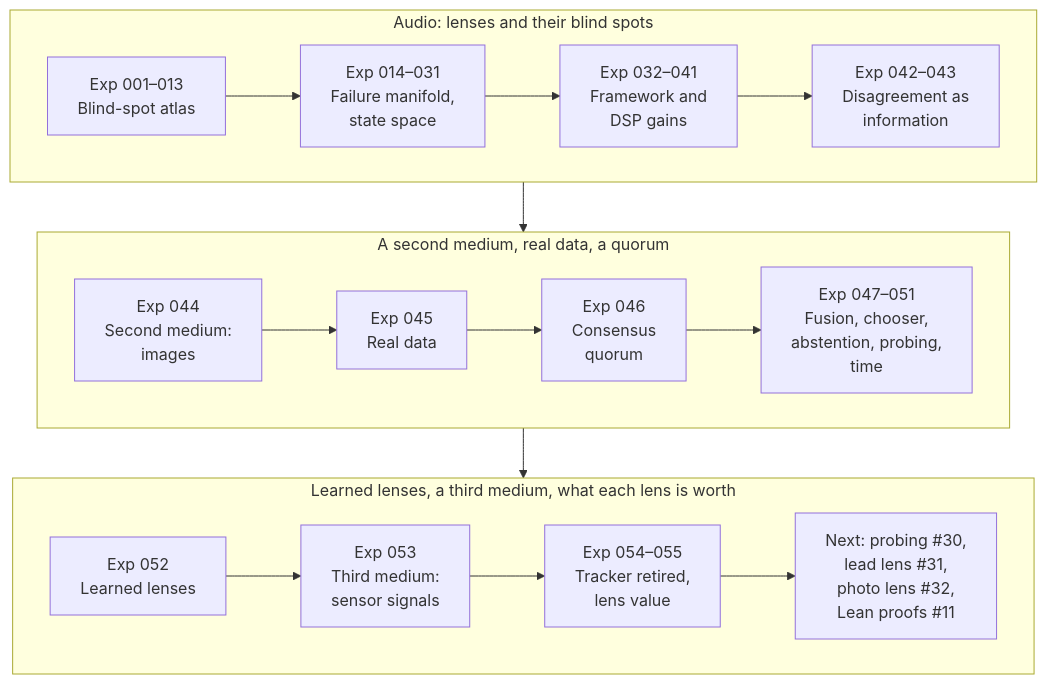
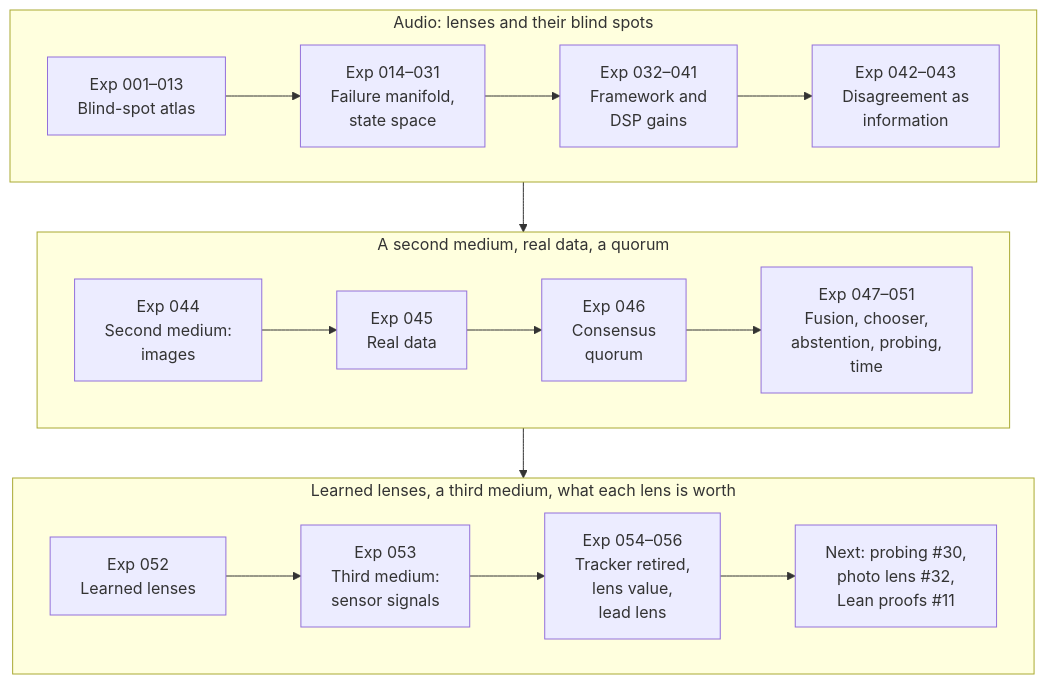
The third of 3 diagrams in README.md (SpacekidLabs/representation-fragility-lab), drawn with Mermaid before and after one commit. The commit also changed other lines of this file and 9 other files, not shown here.

First line of the commit message:
One lens answers, the others warn: lead mode and Exp 056 (closes #31)

````diff
--- a/README.md
+++ b/README.md
@@ -90,22 +90,22 @@
 ```mermaid
 flowchart TB
     subgraph R1["Audio: lenses and their blind spots"]
         direction LR
         A["Exp 001–013<br/>Blind-spot atlas"] --> B["Exp 014–031<br/>Failure manifold,<br/>state space"]
         B --> C["Exp 032–041<br/>Framework and<br/>DSP gains"]
         C --> D["Exp 042–043<br/>Disagreement as<br/>information"]
     end
     subgraph R2["A second medium, real data, a quorum"]
         direction LR
         E["Exp 044<br/>Second medium:<br/>images"] --> G["Exp 045<br/>Real data"]
         G --> H["Exp 046<br/>Consensus<br/>quorum"]
         H --> I["Exp 047–051<br/>Fusion, chooser,<br/>abstention, probing,<br/>time"]
     end
     subgraph R3["Learned lenses, a third medium, what each lens is worth"]
         direction LR
         J["Exp 052<br/>Learned lenses"] --> K["Exp 053<br/>Third medium:<br/>sensor signals"]
-        K --> L["Exp 054–055<br/>Tracker retired,<br/>lens value"]
-        L --> F["Next: probing #30,<br/>lead lens #31,<br/>photo lens #32,<br/>Lean proofs #11"]
+        K --> L["Exp 054–056<br/>Tracker retired,<br/>lens value,<br/>lead lens"]
+        L --> F["Next: probing #30,<br/>photo lens #32,<br/>Lean proofs #11"]
     end
     R1 --> R2 --> R3
 ```
````
